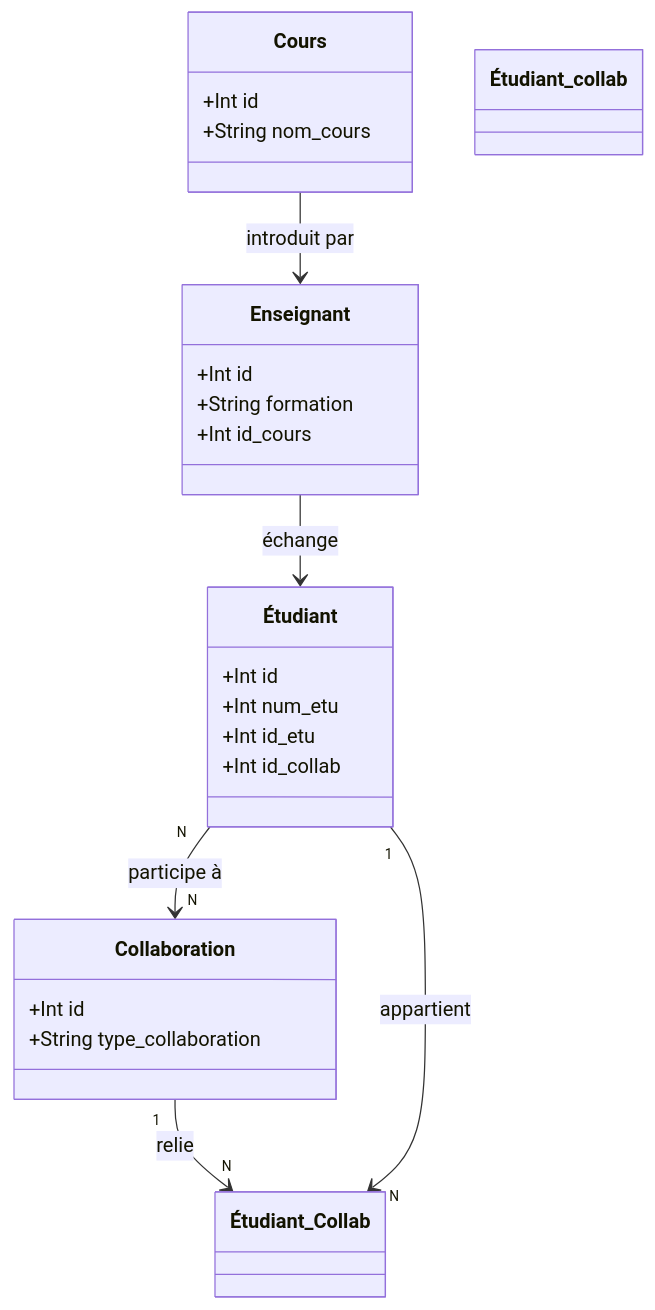
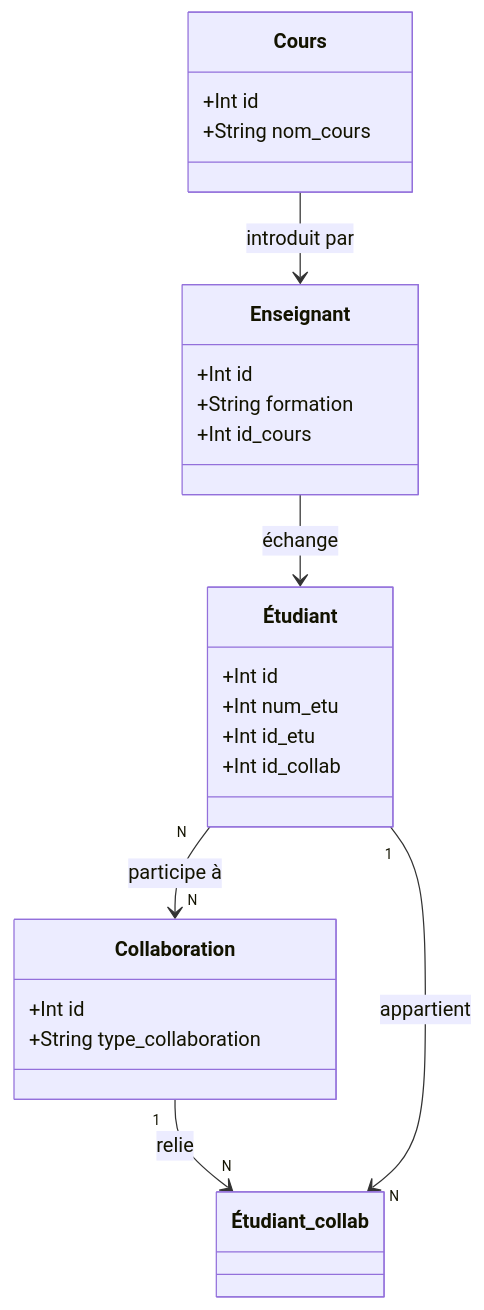
The diagram in class.md (lmimouni-rim/EDUCATION), drawn with Mermaid before and after one commit.

````diff
--- a/class.md
+++ b/class.md
@@ -1,33 +1,33 @@
 ```mermaid
 
 classDiagram
     
     class Étudiant
     Étudiant : +Int id
     Étudiant : +Int num_etu
 
     class Enseignant 
     Enseignant : +Int id
     Enseignant : +String formation 
     Enseignant : +Int id_cours
 
     class Cours
     Cours : +Int id
     Cours : +String nom_cours
 
 
     class Collaboration 
     Collaboration : +Int id
     Collaboration : +String type_collaboration
 
     class Étudiant_collab
     Étudiant : +Int id_etu
     Étudiant : +Int id_collab
 
     Cours --> Enseignant : introduit par 
     Enseignant --> Étudiant : échange
     Étudiant "N" --> "N" Collaboration : participe à
-    Collaboration "1" --> "N" Étudiant_Collab : relie
-    Étudiant "1" --> "N" Étudiant_Collab : appartient
+    Collaboration "1" --> "N" Étudiant_collab : relie
+    Étudiant "1" --> "N" Étudiant_collab : appartient
 
 ```
````
